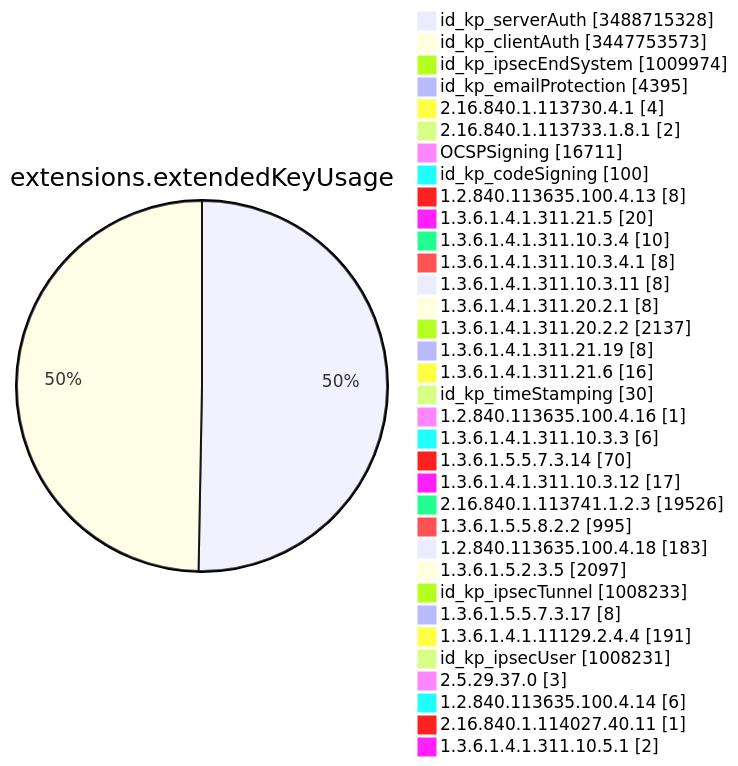
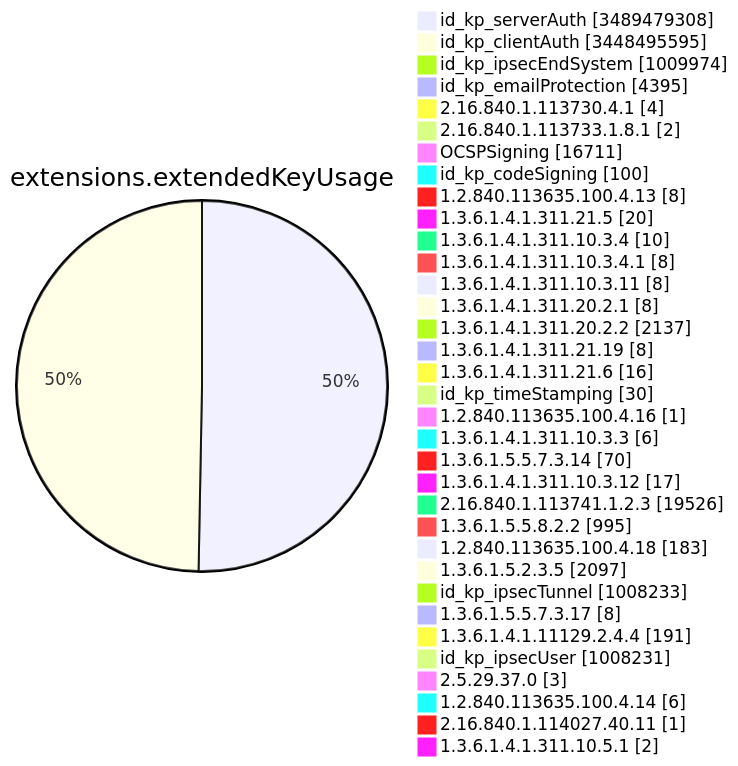
Diagram 11 of 15 in TOTAL/README.md (christiankrug/ctmonitor_visualization), drawn with Mermaid before and after one commit. The commit also changed other lines of this file, not shown here.

````diff
--- a/TOTAL/README.md
+++ b/TOTAL/README.md
@@ -4124,38 +4124,38 @@
 ```mermaid
 pie showData
 title extensions.extendedKeyUsage
-"id_kp_serverAuth" :3488715328
-"id_kp_clientAuth" :3447753573
+"id_kp_serverAuth" :3489479308
+"id_kp_clientAuth" :3448495595
 "id_kp_ipsecEndSystem" :1009974
 "id_kp_emailProtection" :4395
 "2.16.840.1.113730.4.1" :4
 "2.16.840.1.113733.1.8.1" :2
 "OCSPSigning" :16711
 "id_kp_codeSigning" :100
 "1.2.840.113635.100.4.13" :8
 "1.3.6.1.4.1.311.21.5" :20
 "1.3.6.1.4.1.311.10.3.4" :10
 "1.3.6.1.4.1.311.10.3.4.1" :8
 "1.3.6.1.4.1.311.10.3.11" :8
 "1.3.6.1.4.1.311.20.2.1" :8
 "1.3.6.1.4.1.311.20.2.2" :2137
 "1.3.6.1.4.1.311.21.19" :8
 "1.3.6.1.4.1.311.21.6" :16
 "id_kp_timeStamping" :30
 "1.2.840.113635.100.4.16" :1
 "1.3.6.1.4.1.311.10.3.3" :6
 "1.3.6.1.5.5.7.3.14" :70
 "1.3.6.1.4.1.311.10.3.12" :17
 "2.16.840.1.113741.1.2.3" :19526
 "1.3.6.1.5.5.8.2.2" :995
 "1.2.840.113635.100.4.18" :183
 "1.3.6.1.5.2.3.5" :2097
 "id_kp_ipsecTunnel" :1008233
 "1.3.6.1.5.5.7.3.17" :8
 "1.3.6.1.4.1.11129.2.4.4" :191
 "id_kp_ipsecUser" :1008231
 "2.5.29.37.0" :3
 "1.2.840.113635.100.4.14" :6
 "2.16.840.1.114027.40.11" :1
 "1.3.6.1.4.1.311.10.5.1" :2
 ```
````
